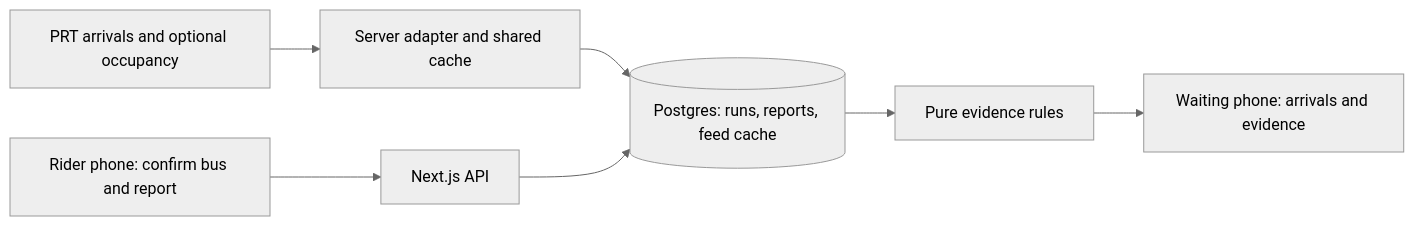
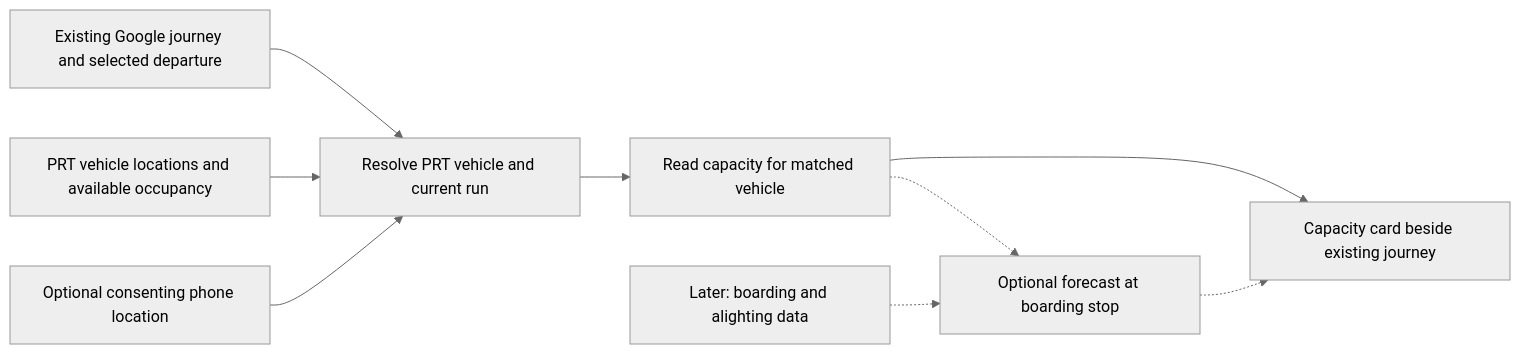
Before and after one commit to ethancurb/cmu-hackathon: the diagram in docs/ARCHITECTURE.md, drawn with Mermaid (neutral theme). The commit also changed other lines of this file and 11 other files, not shown here.

Commit message:
Focus on bus capacity and defer tasks to ticket system

````diff
--- a/docs/ARCHITECTURE.md
+++ b/docs/ARCHITECTURE.md
@@ -5,9 +5,11 @@
 ```mermaid
 flowchart LR
-  PRT[PRT arrivals and optional occupancy] --> Adapter[Server adapter and shared cache]
-  Rider[Rider phone: confirm bus and report] --> API[Next.js API]
-  Adapter --> DB[(Postgres: runs, reports, feed cache)]
-  API --> DB
-  DB --> Rules[Pure evidence rules]
-  Rules --> Board[Waiting phone: arrivals and evidence]
+  Google[Existing Google journey and selected departure] --> Match[Resolve PRT vehicle and current run]
+  PRT[PRT vehicle locations and available occupancy] --> Match
+  Phone[Optional consenting phone location] --> Match
+  Match --> Capacity[Read capacity for matched vehicle]
+  Capacity --> UI[Capacity card beside existing journey]
+  History[Later: boarding and alighting data] -.-> Forecast[Optional forecast at boarding stop]
+  Capacity -.-> Forecast
+  Forecast -.-> UI
 ```
````
